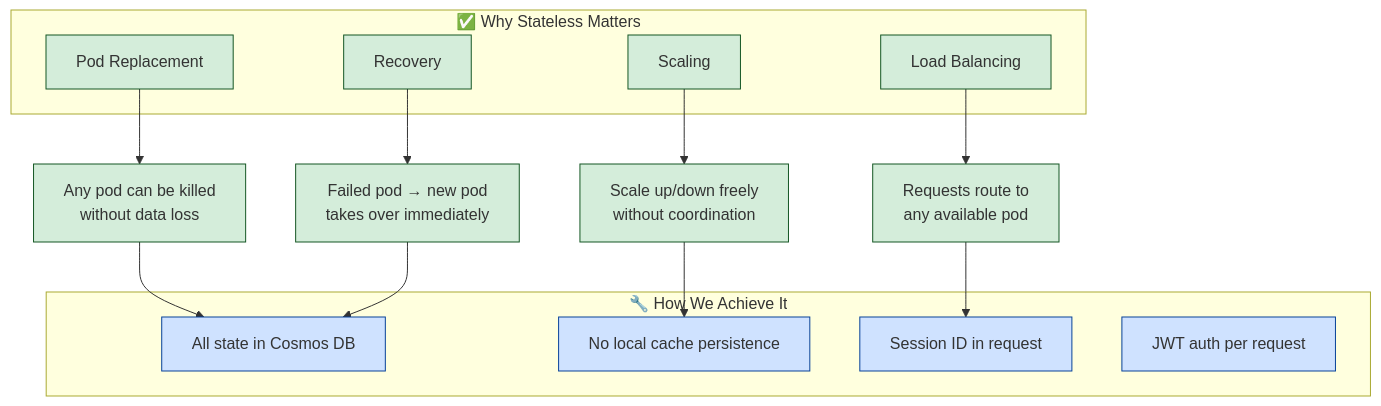
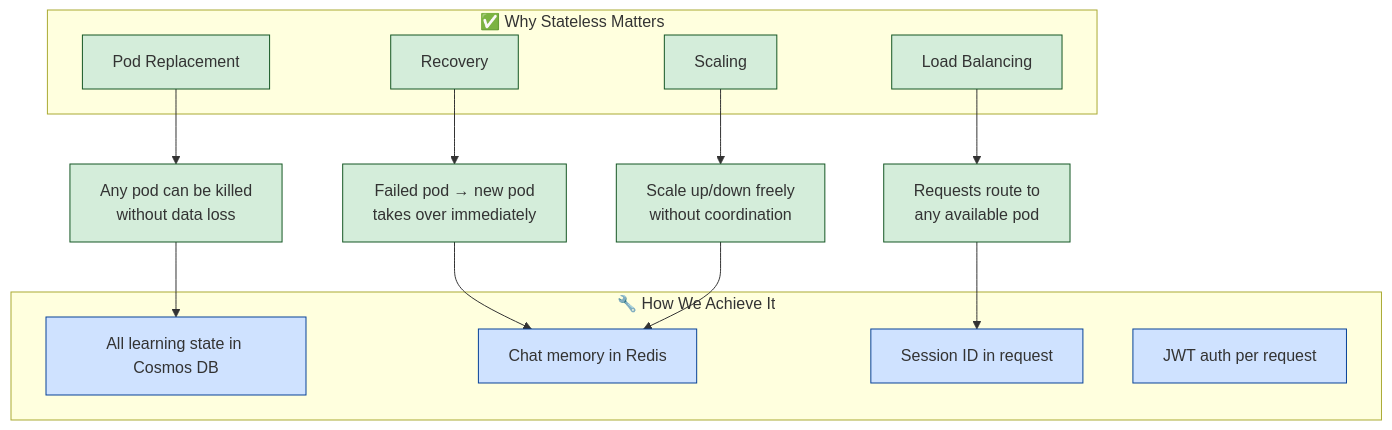
The tenth of 13 diagrams in docs/architecture.md (nishant5790/doc-mind-ai), drawn with Mermaid before and after one commit. The commit also changed other lines of this file and 2 other files, not shown here.

````diff
--- a/docs/architecture.md
+++ b/docs/architecture.md
@@ -479,32 +482,32 @@
 ```mermaid
 graph TB
     subgraph Benefits["✅ Why Stateless Matters"]
         B1["Pod Replacement"]
         B2["Load Balancing"]
         B3["Recovery"]
         B4["Scaling"]
     end
     
     B1 --> D1["Any pod can be killed<br/>without data loss"]
     B2 --> D2["Requests route to<br/>any available pod"]
     B3 --> D3["Failed pod → new pod<br/>takes over immediately"]
     B4 --> D4["Scale up/down freely<br/>without coordination"]
     
     subgraph Implementation["🔧 How We Achieve It"]
-        I1["All state in Cosmos DB"]
-        I2["No local cache persistence"]
+        I1["All learning state in Cosmos DB"]
+        I2["Chat memory in Redis"]
         I3["Session ID in request"]
         I4["JWT auth per request"]
     end
     
     D1 --> I1
     D2 --> I3
-    D3 --> I1
+    D3 --> I2
     D4 --> I2
     
     classDef benefits fill:#d4edda,stroke:#155724
     classDef impl fill:#cfe2ff,stroke:#084298
     
     class B1,B2,B3,B4,D1,D2,D3,D4 benefits
     class I1,I2,I3,I4 impl
 ```
````
